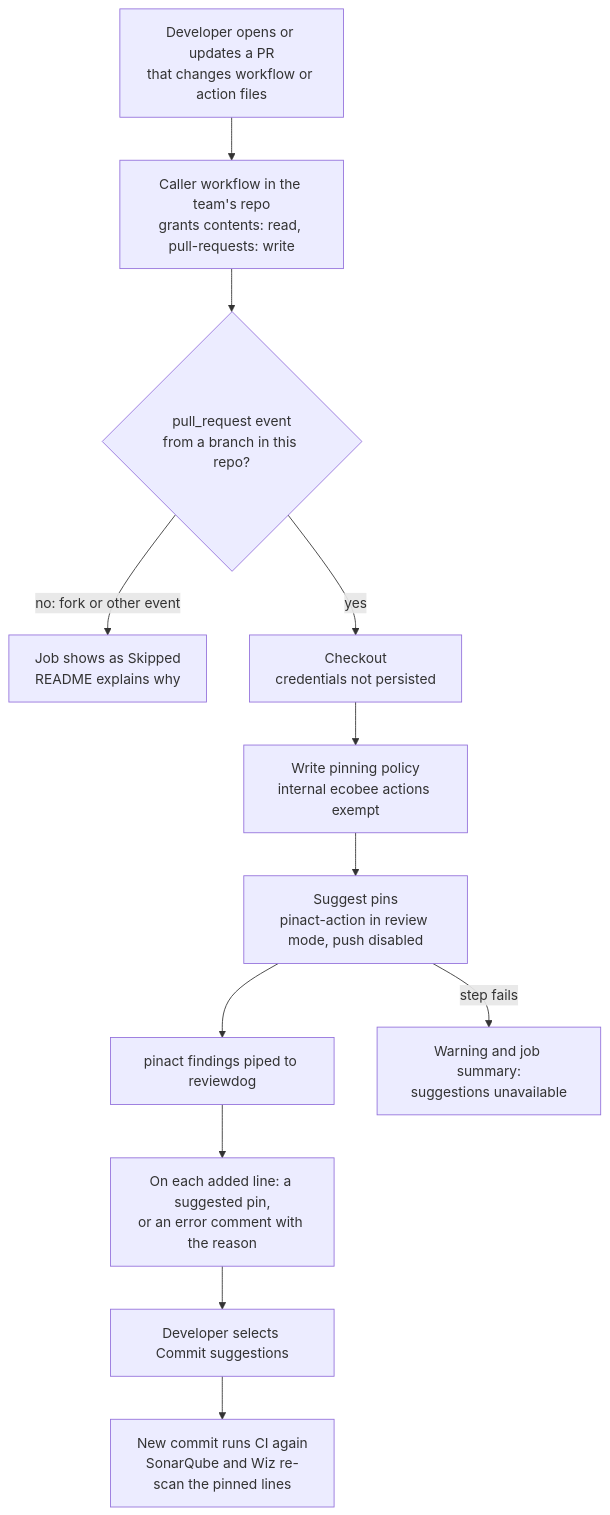
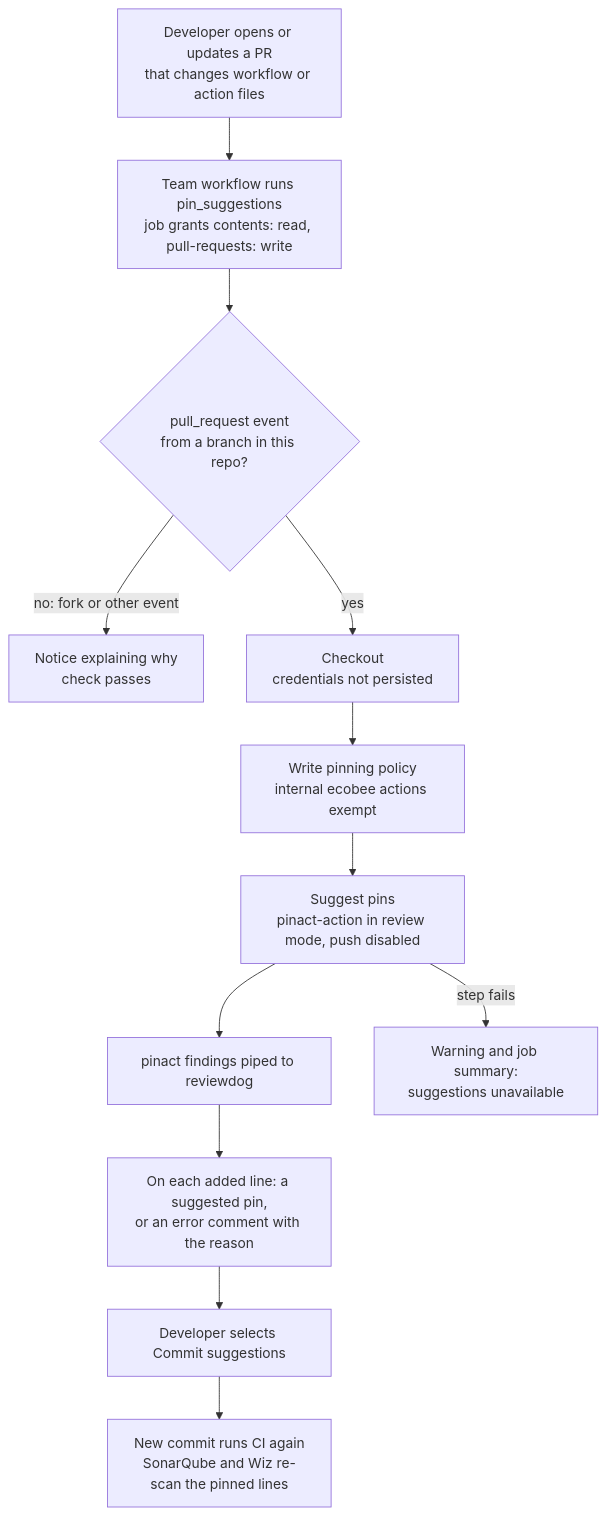
One commit to ecobee/github-actions changed the diagram in docs/prd/pin-actions.md. Above: the diagram before and after it, drawn with Mermaid. The commit also changed other lines of this file and 2 other files, not shown here.

Commit message:
docs: move pin suggestions usage into the action README

````diff
--- a/docs/prd/pin-actions.md
+++ b/docs/prd/pin-actions.md
@@ -24,14 +24,14 @@
 ```mermaid
 flowchart TD
-    PR["Developer opens or updates a PR<br/>that changes workflow or action files"] --> Caller["Caller workflow in the team's repo<br/>grants contents: read, pull-requests: write"]
+    PR["Developer opens or updates a PR<br/>that changes workflow or action files"] --> Caller["Team workflow runs pin_suggestions<br/>job grants contents: read, pull-requests: write"]
     Caller --> Same{"pull_request event<br/>from a branch in this repo?"}
-    Same -- "no: fork or other event" --> Skip["Job shows as Skipped<br/>README explains why"]
+    Same -- "no: fork or other event" --> Skip["Notice explaining why<br/>check passes"]
     Same -- yes --> Checkout["Checkout<br/>credentials not persisted"]
     Checkout --> Policy["Write pinning policy<br/>internal ecobee actions exempt"]
     Policy --> Suggest["Suggest pins<br/>pinact-action in review mode, push disabled"]
     Suggest --> Reviewdog["pinact findings piped to reviewdog"]
     Reviewdog --> Comments["On each added line: a suggested pin,<br/>or an error comment with the reason"]
     Suggest -- "step fails" --> Unavailable["Warning and job summary:<br/>suggestions unavailable"]
     Comments --> Accept["Developer selects Commit suggestions"]
     Accept --> Rescan["New commit runs CI again<br/>SonarQube and Wiz re-scan the pinned lines"]
 ```
````
